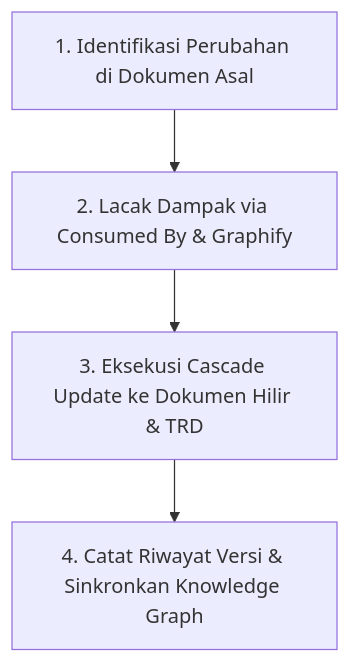
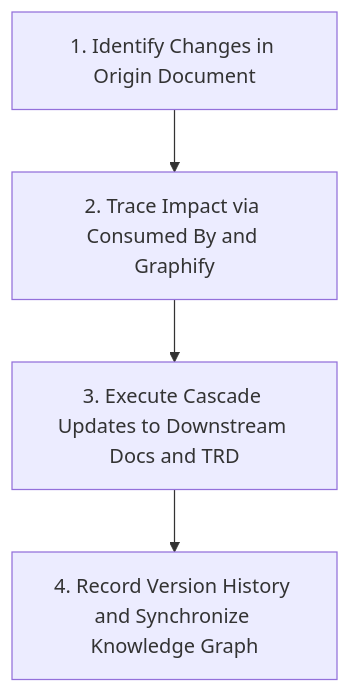
The diagram in .agents/skills/change-impact-synchronizer/SKILL.md (bagusyanuar/pharmacy-docs), drawn with Mermaid before and after one commit. The commit also changed other lines of this file and 14 other files, not shown here.

Commit message:
feat(architecture): add global DBML schema, auth visual blueprints, and standardize English rules/skills

````diff
--- a/.agents/skills/change-impact-synchronizer/SKILL.md
+++ b/.agents/skills/change-impact-synchronizer/SKILL.md
@@ -25,6 +25,6 @@
 ```mermaid
 flowchart TD
-    Step1[1. Identifikasi Perubahan di Dokumen Asal] --> Step2[2. Lacak Dampak via Consumed By & Graphify]
-    Step2 --> Step3[3. Eksekusi Cascade Update ke Dokumen Hilir & TRD]
-    Step3 --> Step4[4. Catat Riwayat Versi & Sinkronkan Knowledge Graph]
+    Step1[1. Identify Changes in Origin Document] --> Step2[2. Trace Impact via Consumed By and Graphify]
+    Step2 --> Step3[3. Execute Cascade Updates to Downstream Docs and TRD]
+    Step3 --> Step4[4. Record Version History and Synchronize Knowledge Graph]
 ```
````
